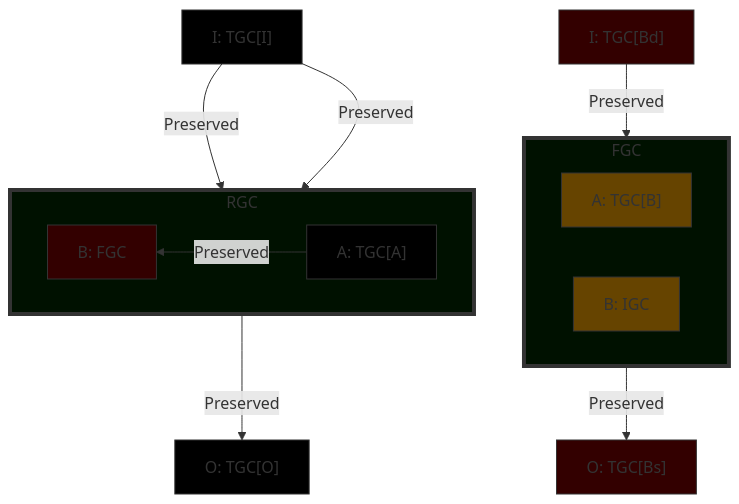
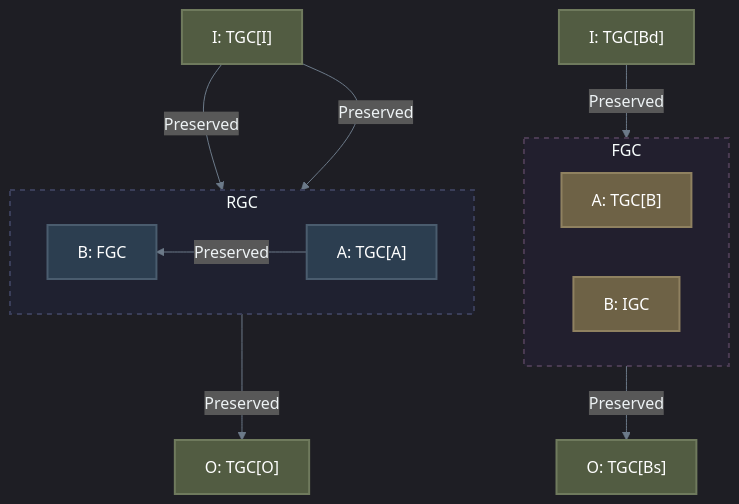
The sixth of 6 diagrams in docs/components/core/physics/insertion.md (Shapedsundew9/erasmus-gp), drawn with Mermaid before and after one commit. The commit also changed other lines of this file and 21 other files, not shown here.

First line of the commit message:
Enhance Mermaid Diagrams and Color Consistency Across Documentation

````diff
--- a/docs/components/core/physics/insertion.md
+++ b/docs/components/core/physics/insertion.md
@@ -227,41 +232,39 @@
 ```mermaid
-%% Insertion Case 5
+%%{init: { 'theme': 'dark', 'themeVariables': { 'lineColor': '#6c7a89', 'textColor': '#edf2f4', 'mainBkg': '#2b2d42', 'primaryBorderColor': '#4a4e69' }}}%%
 flowchart TB
-    I1["I: TGC[I]"]
+    %% Base/Default (Dark Slate)
+    classDef default fill:#2b2d42,stroke:#4a4e69,stroke-width:2px,color:#edf2f4
+    classDef dataBlue fill:#3a506b,stroke:#5c6b73,stroke-width:2px,color:#ffffff
+    classDef dataGreen fill:#425c52,stroke:#5d7a6f,stroke-width:2px,color:#ffffff
+    classDef dataGold fill:#6e6246,stroke:#8f8160,stroke-width:2px,color:#ffffff
+    classDef dataTeal fill:#3b5e60,stroke:#5b7a7c,stroke-width:2px,color:#ffffff
+    classDef dataOlive fill:#525c42,stroke:#6f7a5d,stroke-width:2px,color:#ffffff
+    classDef dataNavy fill:#2c3e50,stroke:#4a5c6e,stroke-width:2px,color:#ffffff
+    classDef zonePrimary fill:#1f2130,stroke:#3a3e59,stroke-width:2px,stroke-dasharray: 5 5
+    classDef zoneExternal fill:#221f2e,stroke:#4a3b52,stroke-width:2px,stroke-dasharray: 5 5
+
+    I1["I: TGC[I]"]:::dataOlive
     subgraph RGC
         direction RL
-        GCA1["A: TGC[A]"]
-        GCB1["B: FGC"]
+        GCA1["A: TGC[A]"]:::dataNavy
+        GCB1["B: FGC"]:::dataNavy
     end
-    O1["O: TGC[O]"]
+    O1["O: TGC[O]"]:::dataOlive
     I1 --Preserved-->GCA1
     I1 --Preserved-->GCB1
     GCA1 --Preserved-->GCB1
     GCB1 --Preserved--> O1
 
-    I2["I: TGC[Bd]"]
+    I2["I: TGC[Bd]"]:::dataOlive
     subgraph FGC
         direction RL
-        GCA2["A: TGC[B]"]
-        GCB2["B: IGC"]
+        GCA2["A: TGC[B]"]:::dataGold
+        GCB2["B: IGC"]:::dataGold
     end
-    O2["O: TGC[Bs]"]
+    O2["O: TGC[Bs]"]:::dataOlive
     I2 --Preserved--> GCA2
     GCA2 --Preserved--> O2
 
-classDef newGC fill:#010,stroke:#333,stroke-width:4px
-classDef newRow fill:#300,stroke:#333,stroke-width:1px
-classDef modified fill:#640,stroke:#333,stroke-width:1px
-classDef unchanged fill:#000,stroke:#333,stroke-width:1px
-
-class RGC newGC
-class GCA1 unchanged
-class GCB1 newRow
-class FGC newGC
-class GCA2 modified
-class GCB2 modified
-class I1 unchanged
-class I2 newRow
-class O1 unchanged
-class O2 newRow
+    class RGC zonePrimary
+    class FGC zoneExternal
 ```
````
